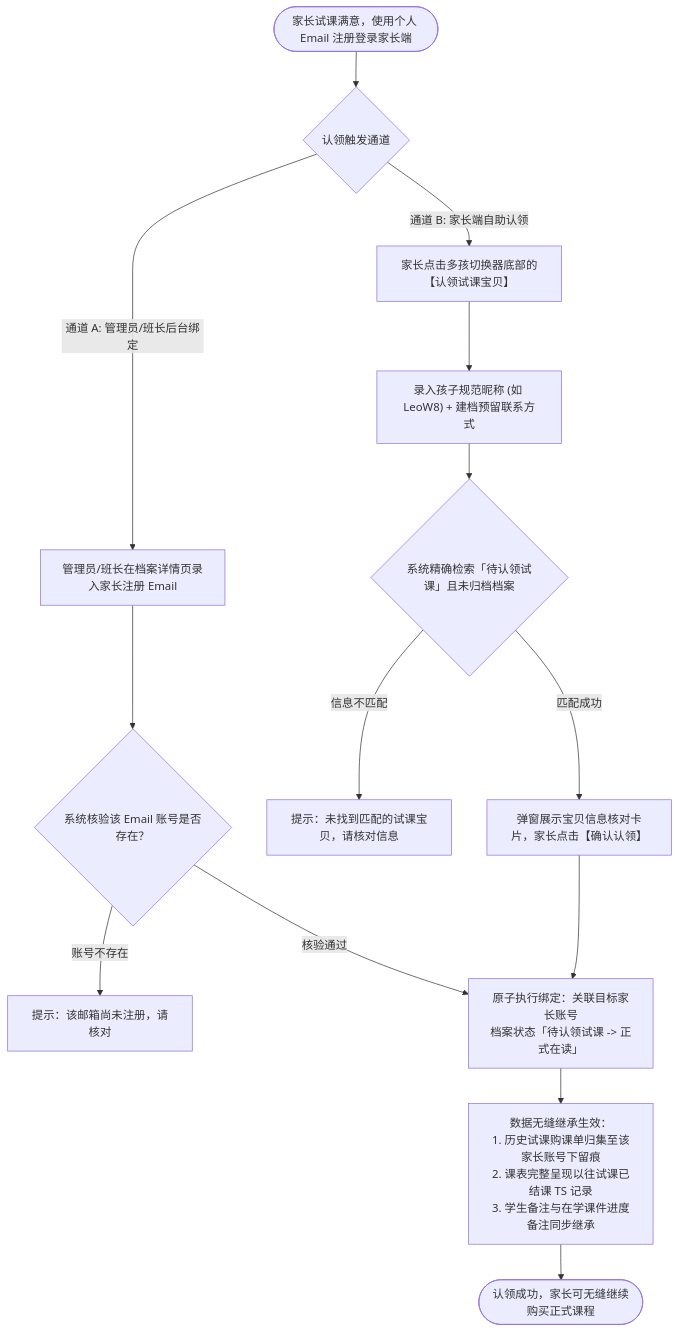
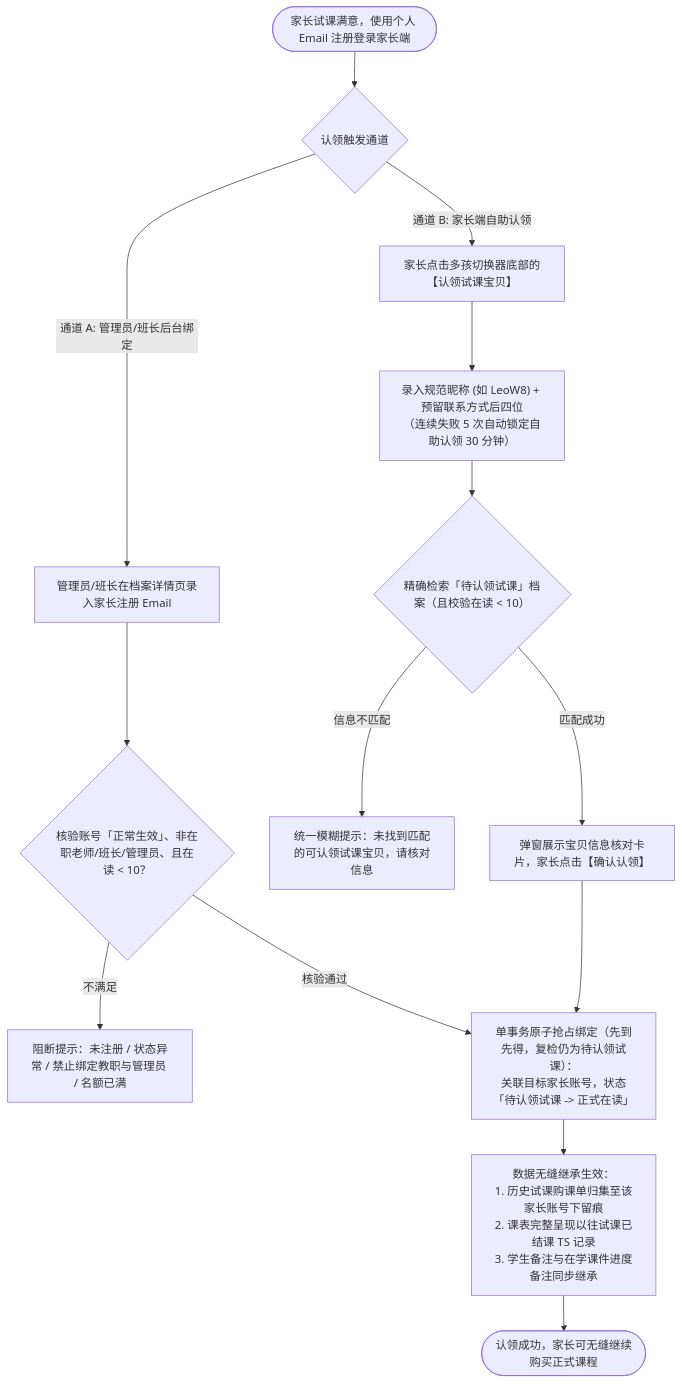
Before and after one commit to Onezao/dream: the third of 6 diagrams in docs/prd/m1a_student_profile.md, drawn with Mermaid. The commit also changed other lines of this file and 34 other files, not shown here.

````diff
--- a/docs/prd/m1a_student_profile.md
+++ b/docs/prd/m1a_student_profile.md
@@ -105,19 +105,19 @@
 ```mermaid
 flowchart TD
     ParentReg(["家长试课满意，使用个人 Email 注册登录家长端"]) --> ChoosePath{"认领触发通道"}
     
     ChoosePath -->|"通道 A: 管理员/班长后台绑定"| AdminInput["管理员/班长在档案详情页录入家长注册 Email"]
-    AdminInput --> VerifyAccount{"系统核验该 Email 账号是否存在？"}
-    VerifyAccount -->|"账号不存在"| AlertNotFound["提示：该邮箱尚未注册，请核对"]
-    VerifyAccount -->|"核验通过"| ExecuteBind["原子执行绑定：关联目标家长账号<br/>档案状态「待认领试课 -> 正式在读」"]
+    AdminInput --> VerifyAccount{"核验账号「正常生效」、非在职老师/班长/管理员、且在读 < 10？"}
+    VerifyAccount -->|"不满足"| AlertNotFound["阻断提示：未注册 / 状态异常 / 禁止绑定教职与管理员 / 名额已满"]
+    VerifyAccount -->|"核验通过"| ExecuteBind["单事务原子抢占绑定（先到先得，复检仍为待认领试课）：<br/>关联目标家长账号，状态「待认领试课 -> 正式在读」"]
 
     ChoosePath -->|"通道 B: 家长端自助认领"| ParentSelfClaim["家长点击多孩切换器底部的【认领试课宝贝】"]
-    ParentSelfClaim --> InputClaimCode["录入孩子规范昵称 (如 LeoW8) + 建档预留联系方式"]
-    InputClaimCode --> MatchRecord{"系统精确检索「待认领试课」且未归档档案"}
-    MatchRecord -->|"信息不匹配"| AlertMismatch["提示：未找到匹配的试课宝贝，请核对信息"]
+    ParentSelfClaim --> InputClaimCode["录入规范昵称 (如 LeoW8) + 预留联系方式后四位<br/>（连续失败 5 次自动锁定自助认领 30 分钟）"]
+    InputClaimCode --> MatchRecord{"精确检索「待认领试课」档案（且校验在读 < 10）"}
+    MatchRecord -->|"信息不匹配"| AlertMismatch["统一模糊提示：未找到匹配的可认领试课宝贝，请核对信息"]
     MatchRecord -->|"匹配成功"| ConfirmClaimModal["弹窗展示宝贝信息核对卡片，家长点击【确认认领】"]
     ConfirmClaimModal --> ExecuteBind
 
     ExecuteBind --> InheritAssets["数据无缝继承生效：<br/>1. 历史试课购课单归集至该家长账号下留痕<br/>2. 课表完整呈现以往试课已结课 TS 记录<br/>3. 学生备注与在学课件进度备注同步继承"]
     InheritAssets --> FinishClaim(["认领成功，家长可无缝继续购买正式课程"])
 ```
````
